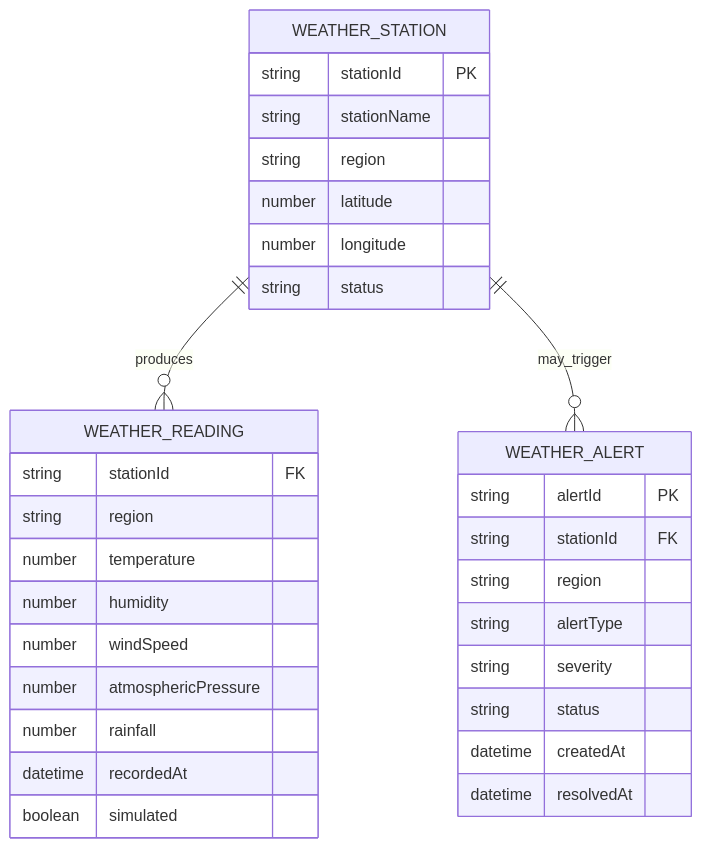
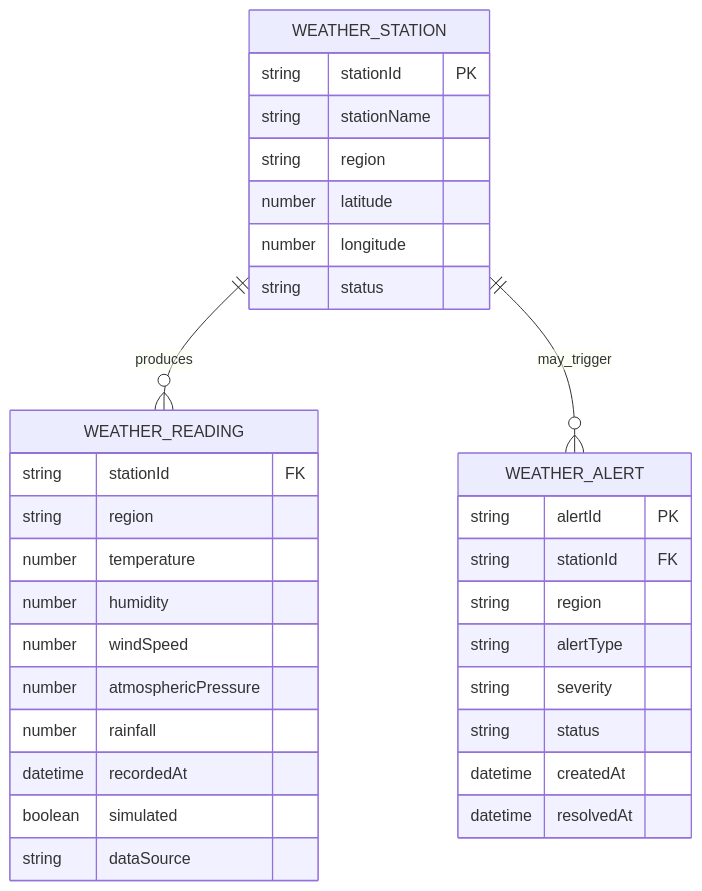
The third of 4 diagrams in docs/FINAL_CASE_STUDY_REPORT.md (Preetham292006/SKYLINE-WEATHER-MONITOR), drawn with Mermaid before and after one commit. The commit also changed other lines of this file and 33 other files, not shown here.

````diff
--- a/docs/FINAL_CASE_STUDY_REPORT.md
+++ b/docs/FINAL_CASE_STUDY_REPORT.md
@@ -229,34 +229,35 @@
 ```mermaid
 erDiagram
   WEATHER_STATION ||--o{ WEATHER_READING : produces
   WEATHER_STATION ||--o{ WEATHER_ALERT : may_trigger
   WEATHER_STATION {
     string stationId PK
     string stationName
     string region
     number latitude
     number longitude
     string status
   }
   WEATHER_READING {
     string stationId FK
     string region
     number temperature
     number humidity
     number windSpeed
     number atmosphericPressure
     number rainfall
     datetime recordedAt
     boolean simulated
+    string dataSource
   }
   WEATHER_ALERT {
     string alertId PK
     string stationId FK
     string region
     string alertType
     string severity
     string status
     datetime createdAt
     datetime resolvedAt
   }
 ```
````
